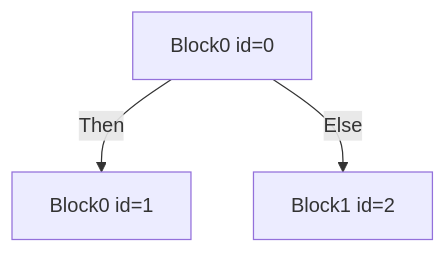
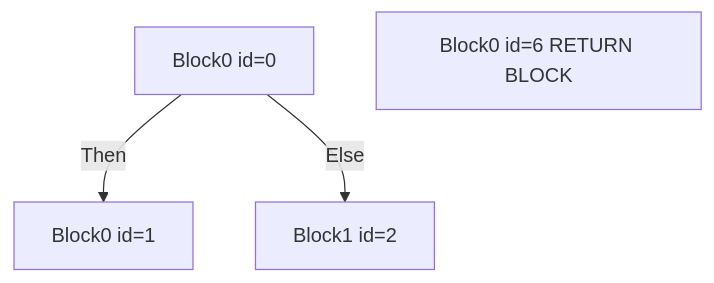
Before and after one commit to defkit/branching_overview: the fifth of 10 diagrams in README.md, drawn with Mermaid. The commit also changed other lines of this file, not shown here.

````diff
--- a/README.md
+++ b/README.md
@@ -67,5 +71,6 @@
 ```mermaid
 graph TD;
     b0[Block0 id=0]-->|Then| b1[Block0 id=1]
     b0[Block0 id=0]-->|Else| b2[Block1 id=2]
+    b6[Block0 id=6 RETURN BLOCK]
 ```
````
